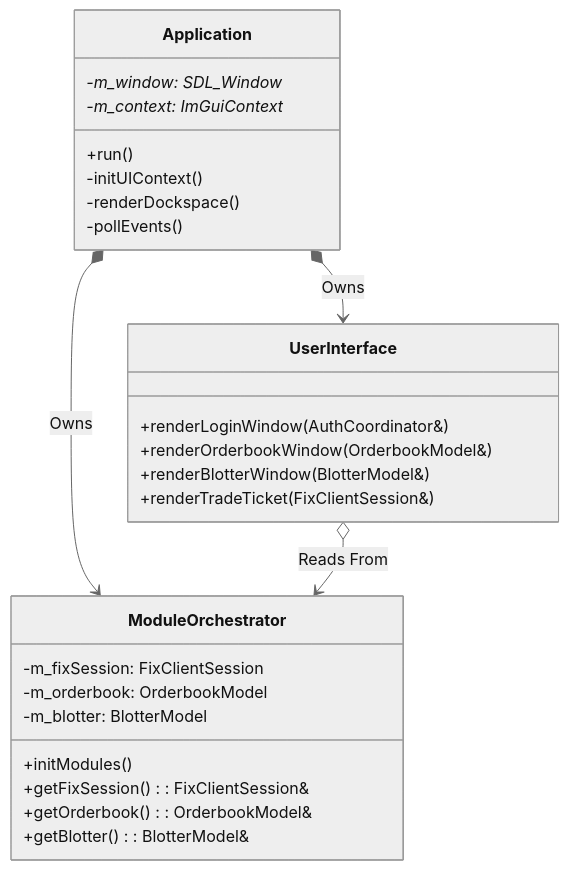
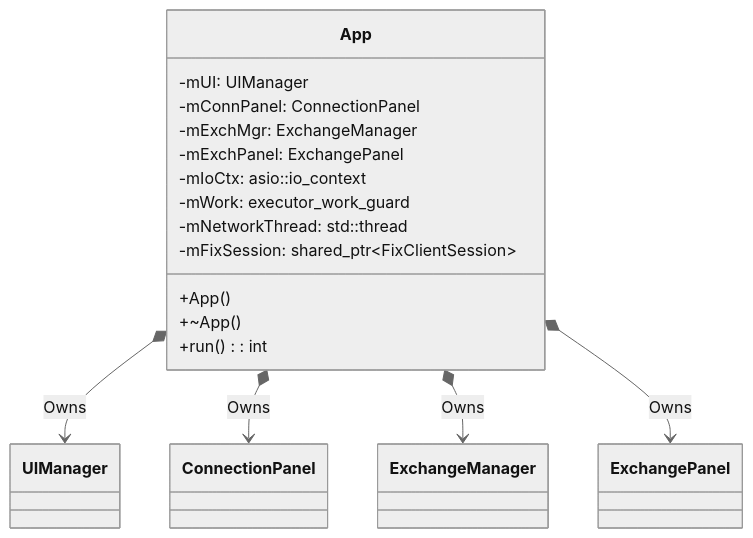
Before and after one commit to SujalChoudhari/BetaTrader: the second of 2 diagrams in client/client_app/README.md, drawn with Mermaid (neutral theme). The commit also changed other lines of this file and 6 other files, not shown here.

Commit message:
docs: update system documentation and architecture diagrams to reflect recent module refactoring

````diff
--- a/client/client_app/README.md
+++ b/client/client_app/README.md
@@ -53,32 +58,21 @@
 ```mermaid
 classDiagram
-    class Application {
-        +run()
-        -initUIContext()
-        -renderDockspace()
-        -pollEvents()
-        -m_window: SDL_Window*
-        -m_context: ImGuiContext*
+    class App {
+        +App()
+        +~App()
+        +run() : int
+        -mUI: UIManager
+        -mConnPanel: ConnectionPanel
+        -mExchMgr: ExchangeManager
+        -mExchPanel: ExchangePanel
+        -mIoCtx: asio::io_context
+        -mWork: executor_work_guard
+        -mNetworkThread: std::thread
+        -mFixSession: shared_ptr~FixClientSession~
     }
 
-    class ModuleOrchestrator {
-        +initModules()
-        +getFixSession() : FixClientSession&
-        +getOrderbook() : OrderbookModel&
-        +getBlotter() : BlotterModel&
-        -m_fixSession: FixClientSession
-        -m_orderbook: OrderbookModel
-        -m_blotter: BlotterModel
-    }
-
-    class UserInterface {
-        +renderLoginWindow(AuthCoordinator&)
-        +renderOrderbookWindow(OrderbookModel&)
-        +renderBlotterWindow(BlotterModel&)
-        +renderTradeTicket(FixClientSession&)
-    }
-
-    Application *--> ModuleOrchestrator : Owns
-    Application *--> UserInterface : Owns
-    UserInterface o--> ModuleOrchestrator : Reads From
+    App *--> UIManager : Owns
+    App *--> ConnectionPanel : Owns
+    App *--> ExchangeManager : Owns
+    App *--> ExchangePanel : Owns
 ```
````
